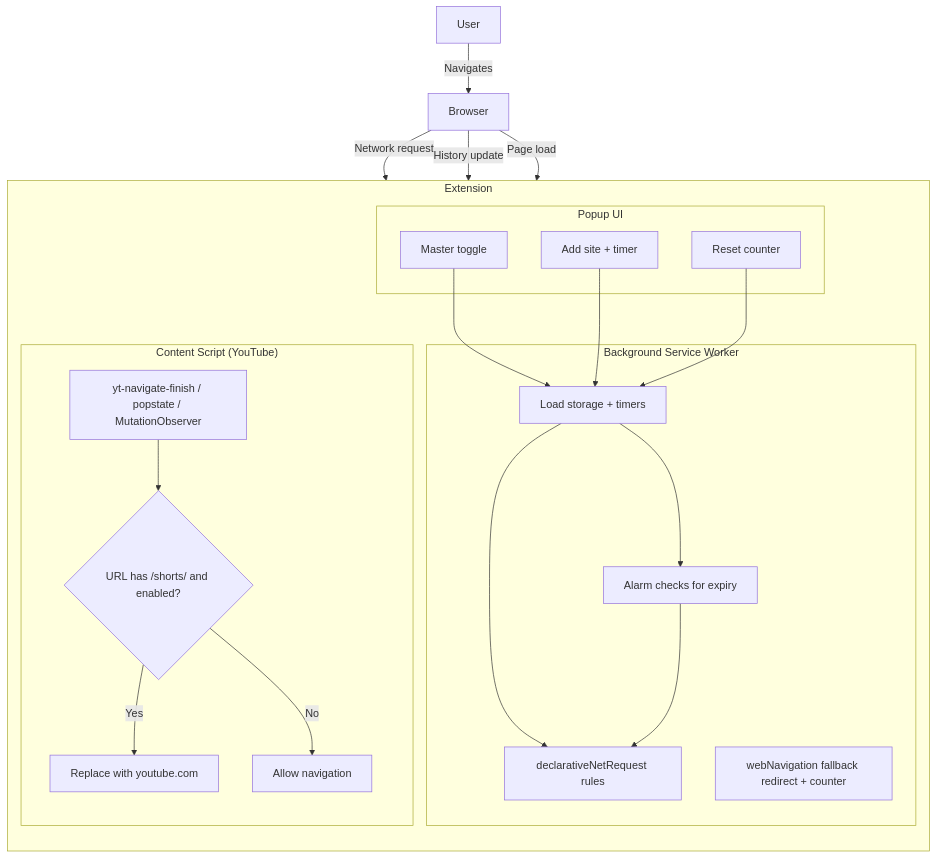
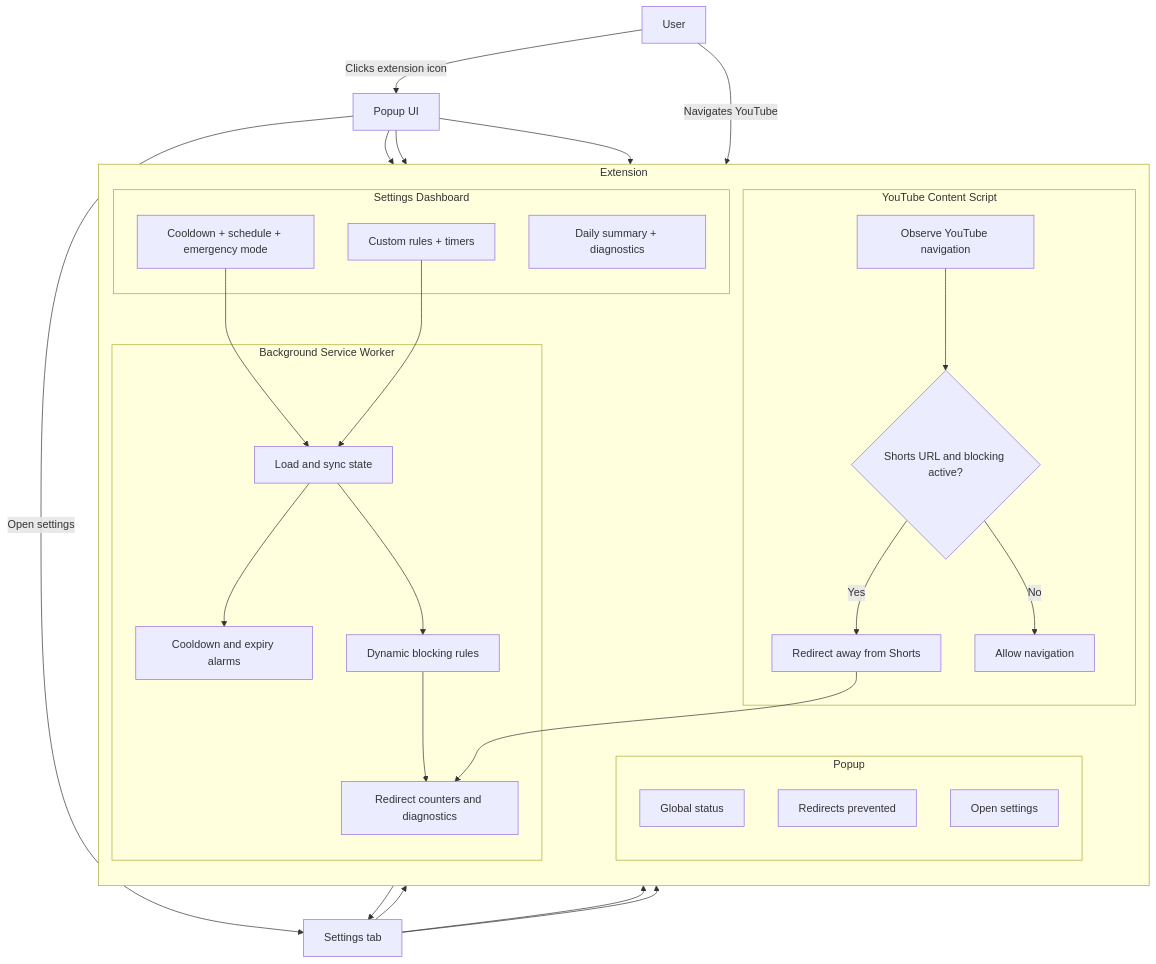
One commit to JustasMonkev/youtube-short-blocker changed the diagram in README.md. Above: the diagram before and after it, drawn with Mermaid. The commit also changed other lines of this file, not shown here.

````diff
--- a/README.md
+++ b/README.md
@@ -22,43 +45,56 @@
 ```mermaid
 graph TD
-    User[User] -->|Navigates| Browser[Browser]
+    User[User] -->|Clicks extension icon| Popup[Popup UI]
+    Popup -->|Open settings| Settings[Settings tab]
 
     subgraph Extension
         direction TB
 
-        subgraph Popup["Popup UI"]
-            UI_Toggle[Master toggle]
-            UI_Add[Add site + timer]
-            UI_Reset[Reset counter]
+        subgraph PopupSurface["Popup"]
+            PopupStatus[Global status]
+            PopupCount[Redirects prevented]
+            PopupButton[Open settings]
+        end
+
+        subgraph SettingsSurface["Settings Dashboard"]
+            SettingsControls[Cooldown + schedule + emergency mode]
+            SettingsRules[Custom rules + timers]
+            SettingsStats[Daily summary + diagnostics]
         end
 
         subgraph Background["Background Service Worker"]
-            BG_Load[Load storage + timers]
-            BG_Alarms[Alarm checks for expiry]
-            BG_DNR[declarativeNetRequest rules]
-            BG_Nav[webNavigation fallback redirect + counter]
+            BGState[Load and sync state]
+            BGAlarms[Cooldown and expiry alarms]
+            BGRules[Dynamic blocking rules]
+            BGStats[Redirect counters and diagnostics]
         end
 
-        subgraph Content["Content Script (YouTube)"]
-            CS_Event[yt-navigate-finish / popstate / MutationObserver]
-            CS_Check{URL has /shorts/ and enabled?}
-            CS_Redirect[Replace with youtube.com]
-            CS_Allow[Allow navigation]
+        subgraph Content["YouTube Content Script"]
+            CSObserve[Observe YouTube navigation]
+            CSCheck{Shorts URL and blocking active?}
+            CSRedirect[Redirect away from Shorts]
+            CSAllow[Allow navigation]
         end
     end
 
-    UI_Toggle --> BG_Load
-    UI_Add --> BG_Load
-    UI_Reset --> BG_Load
-    BG_Load --> BG_DNR
-    BG_Load --> BG_Alarms
-    BG_Alarms --> BG_DNR
+    Popup --> PopupStatus
+    Popup --> PopupCount
+    Popup --> PopupButton
+    PopupButton --> Settings
 
-    Browser -->|Network request| BG_DNR
-    Browser -->|History update| BG_Nav
-    Browser -->|Page load| CS_Event
+    Settings --> SettingsControls
+    Settings --> SettingsRules
+    Settings --> SettingsStats
 
-    CS_Event --> CS_Check
-    CS_Check -->|Yes| CS_Redirect
-    CS_Check -->|No| CS_Allow
+    SettingsControls --> BGState
+    SettingsRules --> BGState
+    BGState --> BGAlarms
+    BGState --> BGRules
+    BGRules --> BGStats
+
+    User -->|Navigates YouTube| CSObserve
+    CSObserve --> CSCheck
+    CSCheck -->|Yes| CSRedirect
+    CSCheck -->|No| CSAllow
+    CSRedirect --> BGStats
 ```
````
